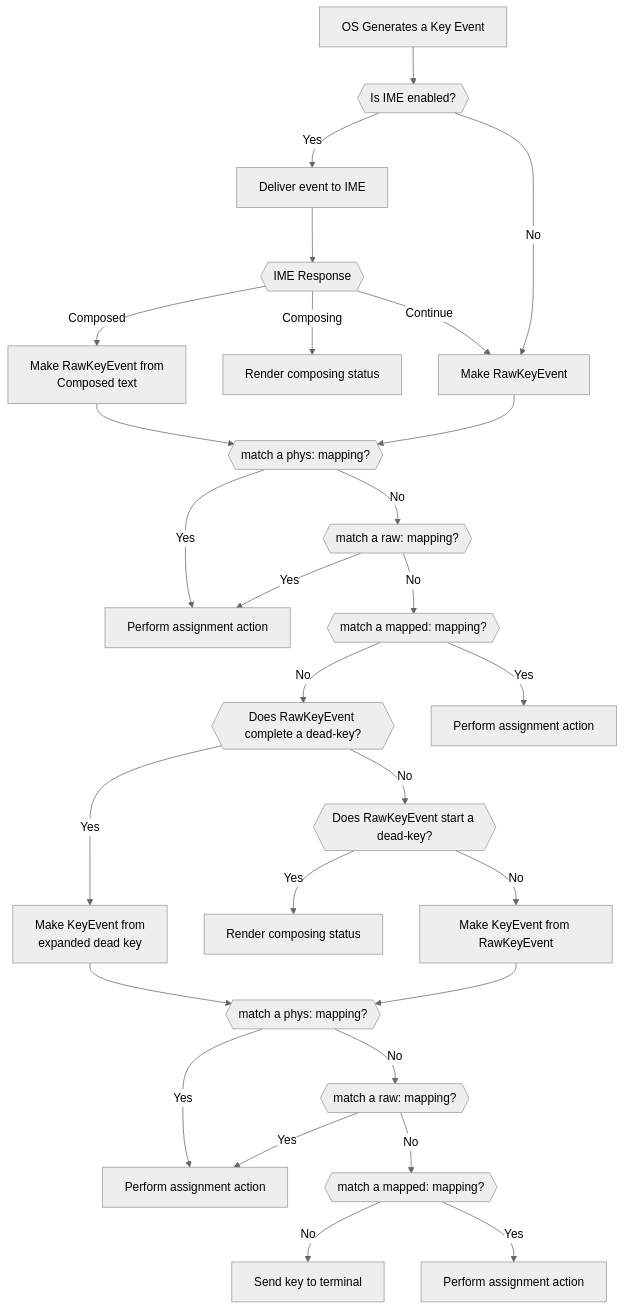
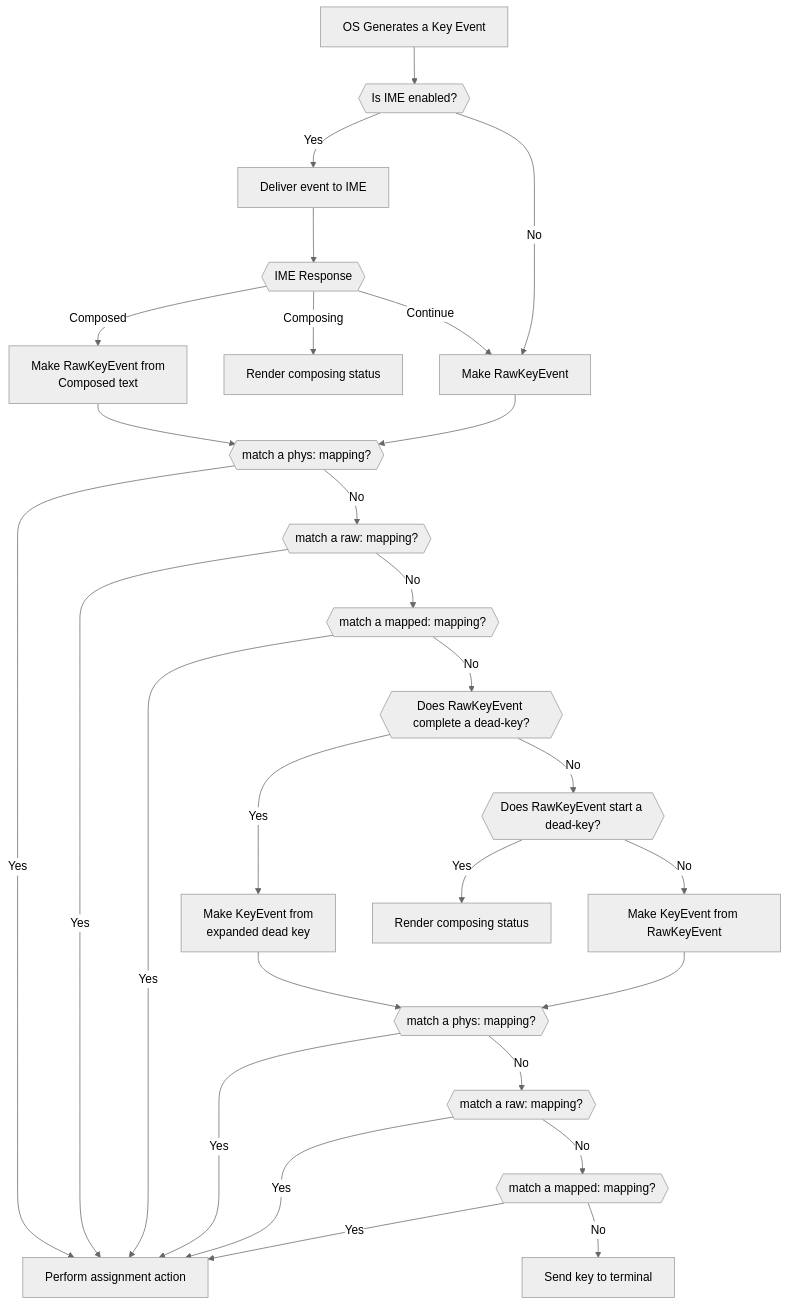
The diagram in docs/config/keyboard-concepts.md (wez/wezterm), drawn with Mermaid (neutral theme) before and after one commit.

Commit message:
Docs: Merge the common action in the keyb-concepts

````diff
--- a/docs/config/keyboard-concepts.md
+++ b/docs/config/keyboard-concepts.md
@@ -42,31 +42,29 @@
 ```mermaid
 flowchart TD
 A[OS Generates a Key Event]
 A --> B{{Is IME enabled?}}
 B -->|Yes| C[Deliver event to IME] --> C1{{IME Response}}
 B -->|No| F
 C1 -->|Composed| D[Make RawKeyEvent from<br/> Composed text] --> RAW1
 C1 -->|Composing| E[Render composing status]
 C1 -->|Continue| F[Make RawKeyEvent] --> RAW1
+RAW3 -->|Yes| RAWDONE
 RAW3 -->|No| DEAD1{{Does RawKeyEvent complete a dead-key?}}
 DEAD1 -->|Yes| I[Make KeyEvent from<br/>expanded dead key] --> KEY1
 DEAD1 -->|No| DEAD2{{Does RawKeyEvent start a dead-key?}}
 DEAD2 -->|Yes| DEADCOMP[Render composing status]
 DEAD2 -->|No| J[Make KeyEvent from RawKeyEvent] --> KEY1
+KEY3 -->|Yes| RAWDONE
 KEY3 -->|No| M[Send key to terminal]
-
 RAW1{{match a phys: mapping?}}
 RAW1 -->|Yes| RAWDONE[Perform assignment action]
 RAW1 -->|No| RAW2{{match a raw: mapping?}}
 RAW2 -->|Yes| RAWDONE
 RAW2 -->|No| RAW3{{match a mapped: mapping?}}
-RAW3 -->|Yes| RAWDONE2[Perform assignment action]
-
 KEY1{{match a phys: mapping?}}
-KEY1 -->|Yes| KEYDONE[Perform assignment action]
+KEY1 -->|Yes| RAWDONE
 KEY1 -->|No| KEY2{{match a raw: mapping?}}
-KEY2 -->|Yes| KEYDONE
+KEY2 -->|Yes| RAWDONE
 KEY2 -->|No| KEY3{{match a mapped: mapping?}}
-KEY3 -->|Yes| KEYDONE2[Perform assignment action]
 
 ```
````
